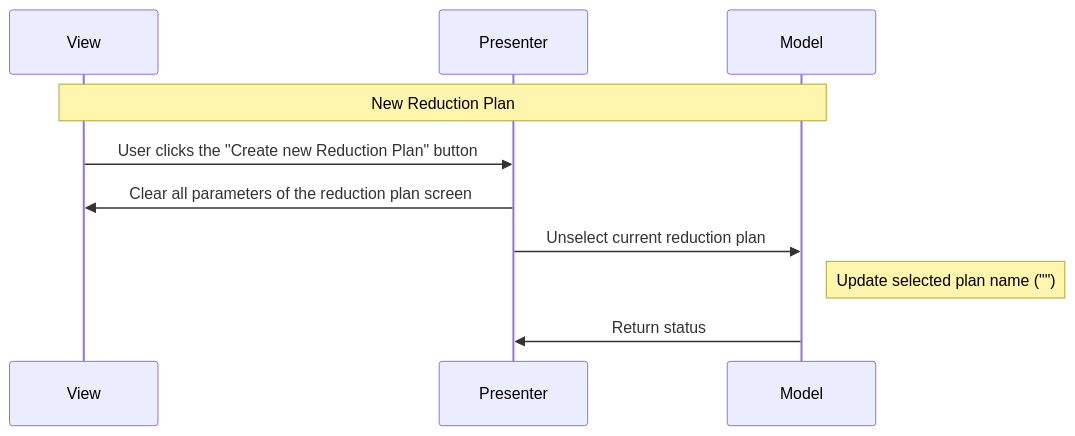
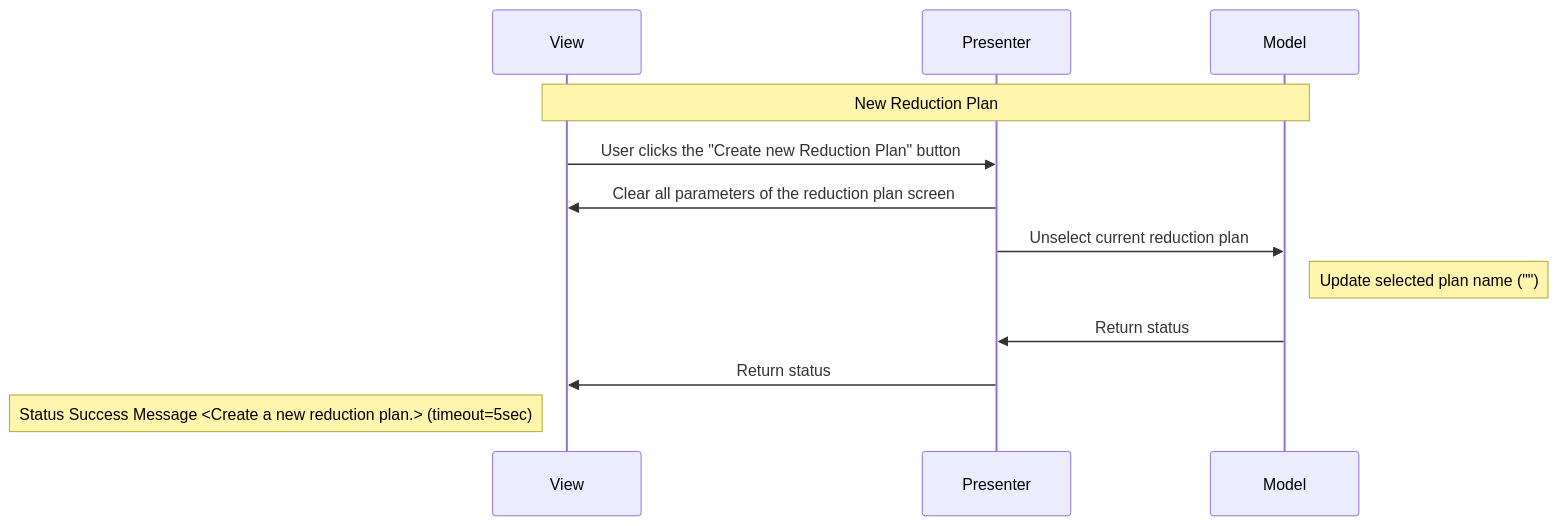
Before and after one commit to neutrons/garnet: the fourth of 14 diagrams in docs/source/design/reduction_plan_mvp.rst, drawn with Mermaid. The commit also changed other lines of this file and 2 other files, not shown here.

```diff
--- a/docs/source/design/reduction_plan_mvp.rst
+++ b/docs/source/design/reduction_plan_mvp.rst
@@ -281,13 +287,15 @@
     .. mermaid::
 
         sequenceDiagram
             participant View
             participant Presenter
             participant Model
 
             Note over View,Model: New Reduction Plan
             View->>Presenter: User clicks the "Create new Reduction Plan" button
             Presenter->>View: Clear all parameters of the reduction plan screen
             Presenter->>Model: Unselect current reduction plan
             Note right of Model: Update selected plan name ("")
             Model->>Presenter: Return status
+            Presenter->>View: Return status
+            Note left of View: Status Success Message <Create a new reduction plan.> (timeout=5sec)
```
